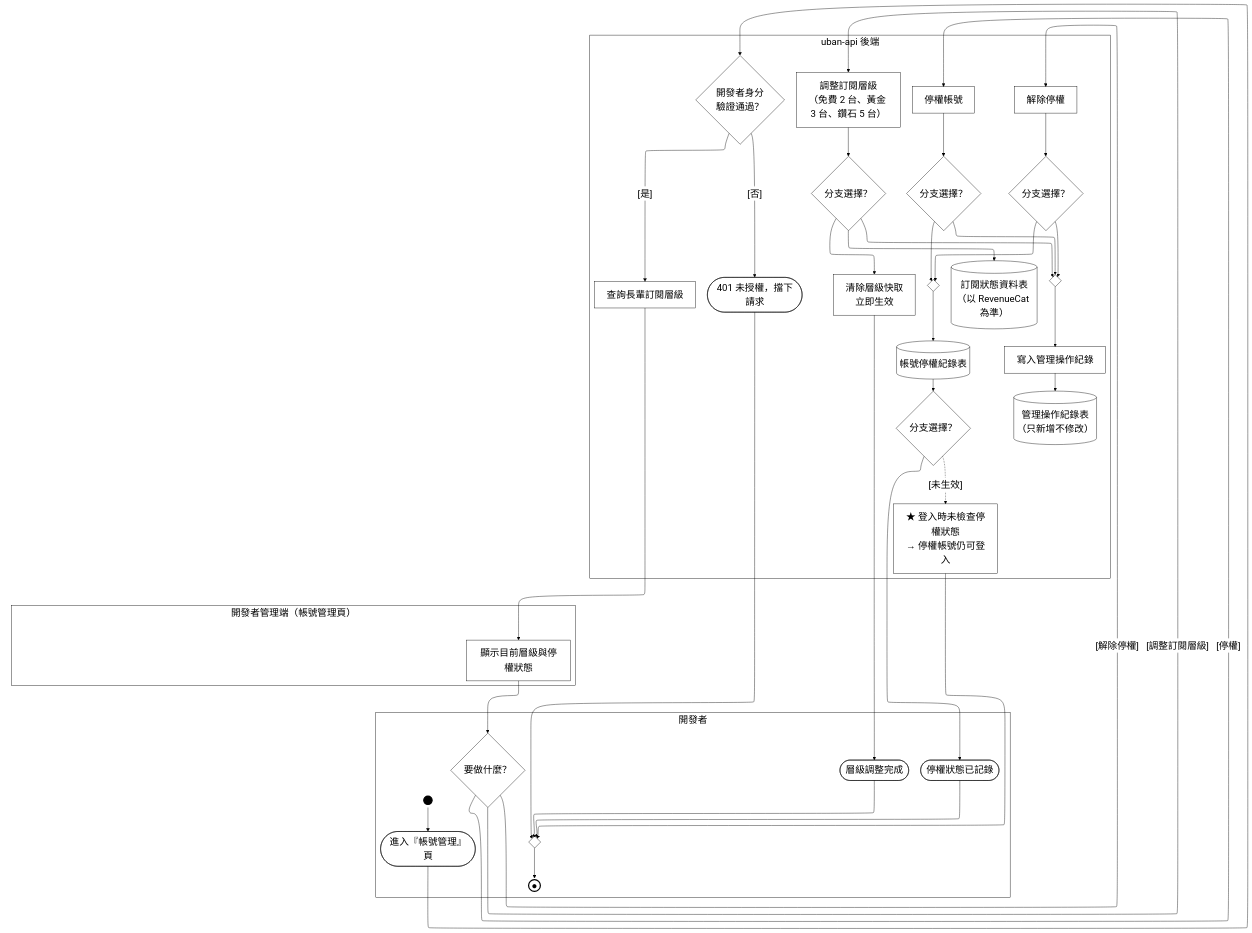
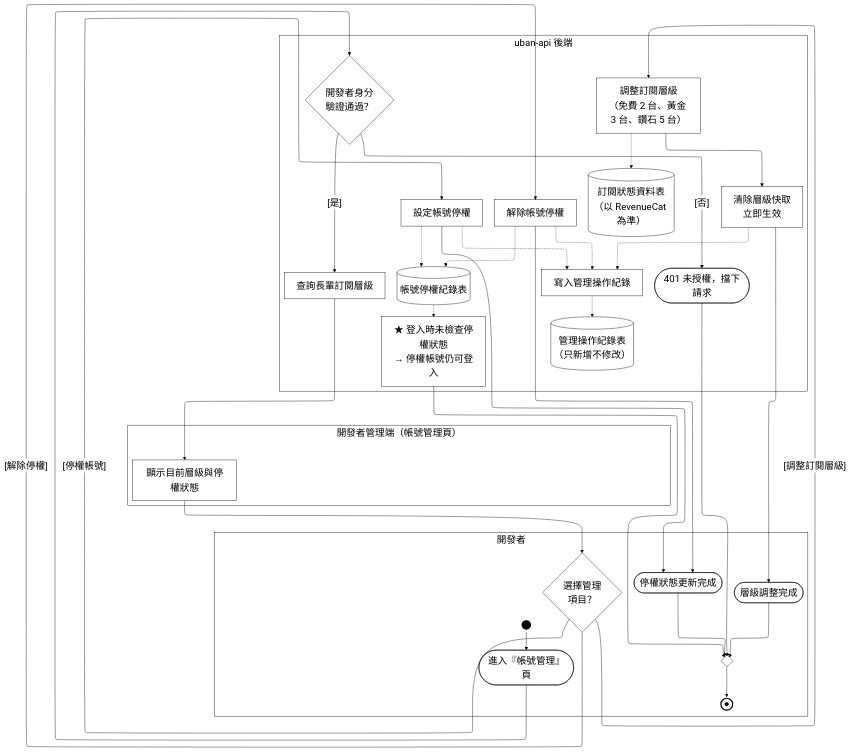
One commit to HuangYu-Kai/Uban changed the diagram in Uban System Documents/mermaid原始碼/A27-權限管理.mmd. Above: the diagram before and after it, drawn with Mermaid. The commit also changed 116 other files, not shown here.

```diff
--- a/Uban System Documents/mermaid原始碼/A27-權限管理.mmd
+++ b/Uban System Documents/mermaid原始碼/A27-權限管理.mmd
@@ -1,76 +1,65 @@
 %%{init:{"layout":"elk","elk":{"mergeEdges":false,"nodePlacementStrategy":"NETWORK_SIMPLEX"},"flowchart":{"htmlLabels":true},"themeVariables":{"clusterBkg":"#FFFFFF","clusterBorder":"#000000","edgeLabelBackground":"#FFFFFF","textColor":"#000000","nodeTextColor":"#000000","titleColor":"#000000","lineColor":"#000000","fontSize":"24px"}}}%%
 flowchart TD
   %% 鎖住泳道順序：ELK 不照宣告順序排，沒有這條鏈後端會跑到最上面
   subgraph ROLE["開發者"]
     PAD_ROLE["&nbsp;&nbsp;&nbsp;&nbsp;&nbsp;&nbsp;&nbsp;&nbsp;&nbsp;&nbsp;&nbsp;&nbsp;&nbsp;&nbsp;&nbsp;&nbsp;&nbsp;&nbsp;&nbsp;&nbsp;&nbsp;&nbsp;&nbsp;&nbsp;&nbsp;&nbsp;&nbsp;&nbsp;&nbsp;&nbsp;&nbsp;&nbsp;&nbsp;&nbsp;&nbsp;&nbsp;&nbsp;&nbsp;&nbsp;&nbsp;&nbsp;&nbsp;&nbsp;&nbsp;&nbsp;&nbsp;&nbsp;&nbsp;&nbsp;&nbsp;&nbsp;&nbsp;&nbsp;&nbsp;&nbsp;&nbsp;&nbsp;&nbsp;&nbsp;&nbsp;&nbsp;&nbsp;&nbsp;&nbsp;&nbsp;&nbsp;&nbsp;&nbsp;&nbsp;&nbsp;&nbsp;&nbsp;&nbsp;&nbsp;&nbsp;&nbsp;&nbsp;&nbsp;&nbsp;&nbsp;&nbsp;&nbsp;&nbsp;&nbsp;&nbsp;&nbsp;&nbsp;&nbsp;&nbsp;&nbsp;&nbsp;&nbsp;&nbsp;&nbsp;&nbsp;&nbsp;&nbsp;&nbsp;&nbsp;&nbsp;&nbsp;&nbsp;&nbsp;&nbsp;&nbsp;&nbsp;&nbsp;&nbsp;&nbsp;&nbsp;&nbsp;&nbsp;"]:::pad
     ST_S1(("&nbsp;")):::term
     S1([進入『帳號管理』頁]):::act
-    S2{"要做什麼？"}:::dec
+    S2{"選擇管理<br/>項目？"}:::dec
     S3(["層級調整完成"]):::act
-    S4(["停權狀態已記錄"]):::act
+    S4(["停權狀態更新完成"]):::act
     M_END{" "}:::dec
     EN_ALL(("●")):::endterm
   end
   subgraph FE["開發者管理端（帳號管理頁）"]
-    PAD_FE["&nbsp;&nbsp;&nbsp;&nbsp;&nbsp;&nbsp;&nbsp;&nbsp;&nbsp;&nbsp;&nbsp;&nbsp;&nbsp;&nbsp;&nbsp;&nbsp;&nbsp;&nbsp;&nbsp;&nbsp;&nbsp;&nbsp;&nbsp;&nbsp;&nbsp;&nbsp;&nbsp;&nbsp;&nbsp;&nbsp;&nbsp;&nbsp;&nbsp;&nbsp;&nbsp;&nbsp;&nbsp;&nbsp;&nbsp;&nbsp;&nbsp;&nbsp;&nbsp;&nbsp;&nbsp;&nbsp;&nbsp;&nbsp;&nbsp;&nbsp;&nbsp;&nbsp;&nbsp;&nbsp;&nbsp;&nbsp;&nbsp;&nbsp;&nbsp;&nbsp;&nbsp;&nbsp;&nbsp;&nbsp;&nbsp;&nbsp;&nbsp;&nbsp;&nbsp;&nbsp;&nbsp;&nbsp;&nbsp;&nbsp;&nbsp;&nbsp;&nbsp;&nbsp;&nbsp;&nbsp;&nbsp;&nbsp;&nbsp;&nbsp;&nbsp;&nbsp;&nbsp;&nbsp;&nbsp;&nbsp;&nbsp;&nbsp;&nbsp;&nbsp;&nbsp;&nbsp;&nbsp;&nbsp;&nbsp;&nbsp;&nbsp;&nbsp;&nbsp;&nbsp;&nbsp;&nbsp;&nbsp;&nbsp;&nbsp;&nbsp;&nbsp;&nbsp;&nbsp;&nbsp;&nbsp;&nbsp;&nbsp;&nbsp;&nbsp;&nbsp;&nbsp;&nbsp;&nbsp;&nbsp;&nbsp;&nbsp;&nbsp;&nbsp;&nbsp;&nbsp;&nbsp;&nbsp;&nbsp;&nbsp;&nbsp;&nbsp;&nbsp;&nbsp;&nbsp;&nbsp;&nbsp;&nbsp;&nbsp;&nbsp;&nbsp;&nbsp;&nbsp;&nbsp;&nbsp;&nbsp;&nbsp;&nbsp;&nbsp;&nbsp;&nbsp;&nbsp;&nbsp;&nbsp;&nbsp;&nbsp;&nbsp;&nbsp;&nbsp;&nbsp;&nbsp;&nbsp;&nbsp;&nbsp;&nbsp;&nbsp;&nbsp;&nbsp;&nbsp;&nbsp;"]:::pad
+    PAD_FE["&nbsp;&nbsp;&nbsp;&nbsp;&nbsp;&nbsp;&nbsp;&nbsp;&nbsp;&nbsp;&nbsp;&nbsp;&nbsp;&nbsp;&nbsp;&nbsp;&nbsp;&nbsp;&nbsp;&nbsp;&nbsp;&nbsp;&nbsp;&nbsp;&nbsp;&nbsp;&nbsp;&nbsp;&nbsp;&nbsp;&nbsp;&nbsp;&nbsp;&nbsp;&nbsp;&nbsp;&nbsp;&nbsp;&nbsp;&nbsp;&nbsp;&nbsp;&nbsp;&nbsp;&nbsp;&nbsp;&nbsp;&nbsp;&nbsp;&nbsp;&nbsp;&nbsp;&nbsp;&nbsp;&nbsp;&nbsp;&nbsp;&nbsp;&nbsp;&nbsp;&nbsp;&nbsp;&nbsp;&nbsp;&nbsp;&nbsp;&nbsp;&nbsp;&nbsp;&nbsp;&nbsp;&nbsp;&nbsp;&nbsp;&nbsp;&nbsp;&nbsp;&nbsp;&nbsp;&nbsp;&nbsp;&nbsp;&nbsp;&nbsp;&nbsp;&nbsp;&nbsp;&nbsp;&nbsp;&nbsp;&nbsp;&nbsp;&nbsp;&nbsp;&nbsp;&nbsp;&nbsp;&nbsp;&nbsp;&nbsp;&nbsp;&nbsp;&nbsp;&nbsp;&nbsp;&nbsp;&nbsp;&nbsp;&nbsp;&nbsp;&nbsp;&nbsp;&nbsp;&nbsp;&nbsp;&nbsp;&nbsp;&nbsp;&nbsp;&nbsp;&nbsp;&nbsp;&nbsp;&nbsp;&nbsp;&nbsp;&nbsp;&nbsp;&nbsp;&nbsp;&nbsp;&nbsp;&nbsp;&nbsp;&nbsp;&nbsp;&nbsp;&nbsp;&nbsp;&nbsp;&nbsp;&nbsp;&nbsp;&nbsp;&nbsp;&nbsp;&nbsp;&nbsp;&nbsp;&nbsp;&nbsp;&nbsp;&nbsp;&nbsp;&nbsp;&nbsp;&nbsp;&nbsp;&nbsp;&nbsp;&nbsp;&nbsp;&nbsp;&nbsp;&nbsp;"]:::pad
     A1["顯示目前層級與停權狀態"]:::act
   end
   subgraph BE["uban-api 後端"]
     G0{"開發者身分<br/>驗證通過？"}:::dec
     B1["查詢長輩訂閱層級"]:::act
     B2["調整訂閱層級<br/>（免費 2 台、黃金 3 台、鑽石 5 台）"]:::act
     B3["清除層級快取<br/>立即生效"]:::act
-    B4["停權帳號"]:::act
-    B5["解除停權"]:::act
+    B4["設定帳號停權"]:::act
+    B5["解除帳號停權"]:::act
     B6["寫入管理操作紀錄"]:::act
     D1[("訂閱狀態資料表<br/>（以 RevenueCat 為準）")]:::act
     D2[("帳號停權紀錄表")]:::act
     D3[("管理操作紀錄表<br/>（只新增不修改）")]:::act
     N1["★ 登入時未檢查停權狀態<br/>→ 停權帳號仍可登入"]:::act
     X(["401 未授權，擋下請求"]):::act
-    D_B2{"分支選擇？"}:::dec
-    D_B4{"分支選擇？"}:::dec
-    D_D2{"分支選擇？"}:::dec
-    D_B5{"分支選擇？"}:::dec
-    M_D2{" "}:::dec
-    M_B6{" "}:::dec
   end
 
   ST_S1 --> S1
   S1 --> G0
   G0 -->|"[否]"| X
   G0 -->|"[是]"| B1
   B1 --> A1
   A1 --> S2
   S2 -->|"[調整訂閱層級]"| B2
-  D_B2 --> D1
-  D_B2 --> B3
+  B2 -.-> D1
+  B2 --> B3
   B3 --> S3
-  S2 -->|"[停權]"| B4
-  D_B4 --> M_D2
-  D_D2 --> S4
+  B3 -.-> B6
+  S2 -->|"[停權帳號]"| B4
+  B4 -.-> D2
+  B4 --> S4
+  B4 -.-> B6
   S2 -->|"[解除停權]"| B5
-  D_B5 --> M_D2
-  D_B2 --> M_B6
-  B6 --> D3
-  D_B4 --> M_B6
-  D_B5 --> M_B6
-  D_D2 -.->|"[未生效]"| N1
+  B5 -.-> D2
+  B5 --> S4
+  B5 -.-> B6
+  B6 -.-> D3
+  D2 -.-> N1
   S3 --> M_END
   S4 --> M_END
   N1 --> M_END
   X --> M_END
-  B2 --> D_B2
-  B4 --> D_B4
-  D2 --> D_D2
-  B5 --> D_B5
-  M_D2 --> D2
-  M_B6 --> B6
   M_END --> EN_ALL
   ROLE ~~~ FE ~~~ BE
   classDef pad  fill:none,stroke:none,color:#FFFFFF
   classDef act  fill:#FFFFFF,stroke:#000000,stroke-width:1px,color:#000000
   classDef dec  fill:#FFFFFF,stroke:#000000,stroke-width:1px,color:#000000
   classDef term fill:#000000,stroke:#000000,stroke-width:3px,color:#000000
   classDef endterm fill:#FFFFFF,stroke:#000000,stroke-width:3px,color:#000000
   classDef gap  fill:#FFFFFF,stroke:#000000,stroke-width:1px,color:#000000,stroke-dasharray:4 3
```
